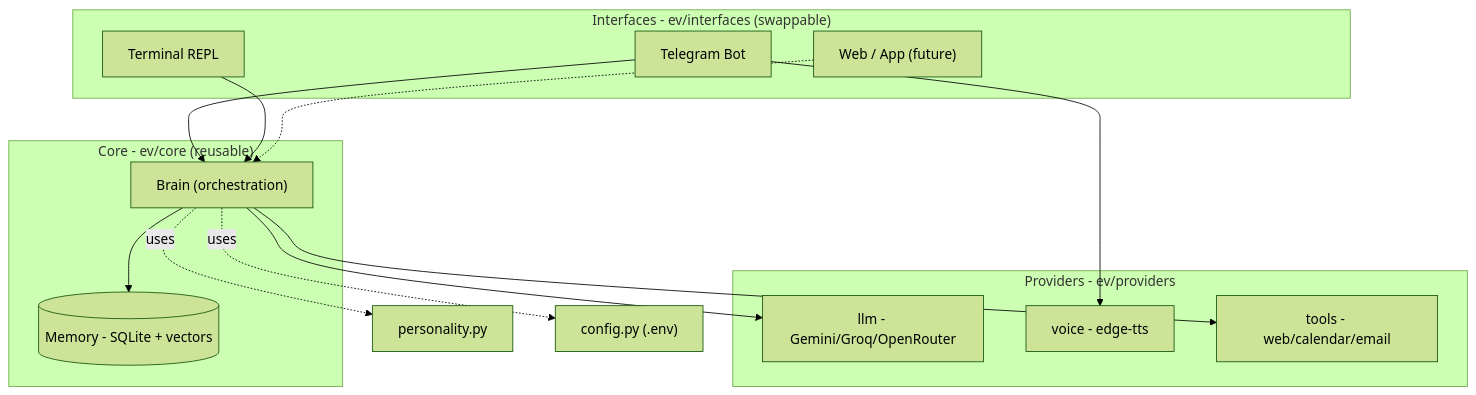
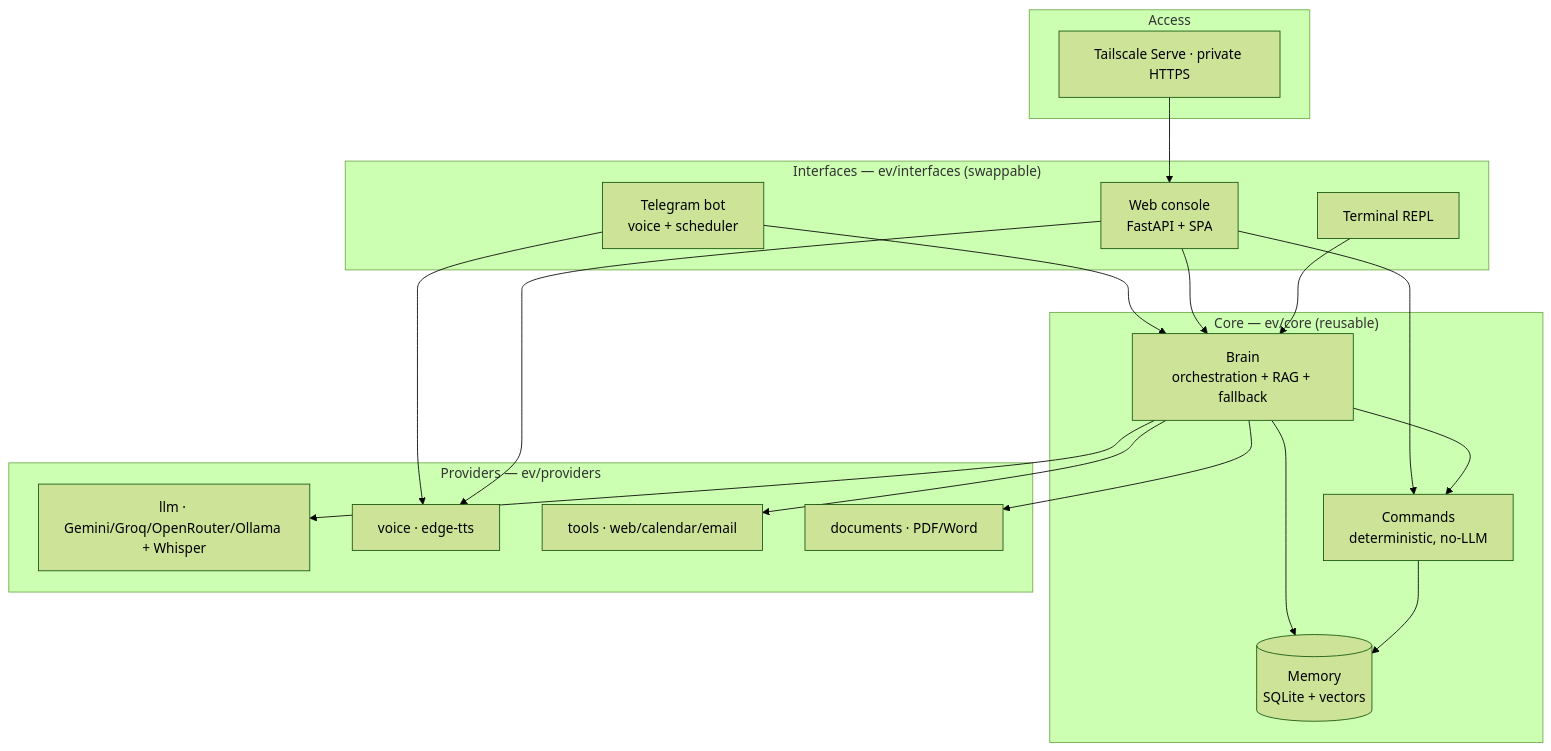
One commit to Ryanditko/E.V changed the first of 2 diagrams in README.md. Above: the diagram before and after it, drawn with Mermaid (forest theme). The commit also changed other lines of this file, not shown here.

First line of the commit message:
docs: definitive README (web console, HTTPS, recurrence, full feature set)

````diff
--- a/README.md
+++ b/README.md
@@ -48,29 +84,36 @@
 ```mermaid
 flowchart TB
-    subgraph I["Interfaces - ev/interfaces (swappable)"]
-        TG["Telegram Bot"]
+    subgraph EDGE["Access"]
+        TS["Tailscale Serve · private HTTPS"]
+    end
+    subgraph I["Interfaces — ev/interfaces (swappable)"]
+        TG["Telegram bot<br/>voice + scheduler"]
+        WEB["Web console<br/>FastAPI + SPA"]
         TERM["Terminal REPL"]
-        WEB["Web / App (future)"]
     end
-    subgraph C["Core - ev/core (reusable)"]
-        BRAIN["Brain (orchestration)"]
-        MEM[("Memory - SQLite + vectors")]
+    subgraph C["Core — ev/core (reusable)"]
+        BRAIN["Brain<br/>orchestration + RAG + fallback"]
+        CMD["Commands<br/>deterministic, no-LLM"]
+        MEM[("Memory<br/>SQLite + vectors")]
     end
-    subgraph P["Providers - ev/providers"]
-        LLM["llm - Gemini/Groq/OpenRouter"]
-        VOICE["voice - edge-tts"]
-        TOOLS["tools - web/calendar/email"]
+    subgraph P["Providers — ev/providers"]
+        LLM["llm · Gemini/Groq/OpenRouter/Ollama + Whisper"]
+        VOICE["voice · edge-tts"]
+        TOOLS["tools · web/calendar/email"]
+        DOCS["documents · PDF/Word"]
     end
-    PERS["personality.py"]
-    CFG["config.py (.env)"]
 
+    TS --> WEB
     TG --> BRAIN
+    WEB --> BRAIN
+    WEB --> CMD
     TERM --> BRAIN
-    WEB -.-> BRAIN
+    BRAIN --> CMD
     BRAIN --> MEM
+    CMD --> MEM
     BRAIN --> LLM
     BRAIN --> TOOLS
+    BRAIN --> DOCS
     TG --> VOICE
-    BRAIN -. uses .-> PERS
-    BRAIN -. uses .-> CFG
+    WEB --> VOICE
 ```
````
